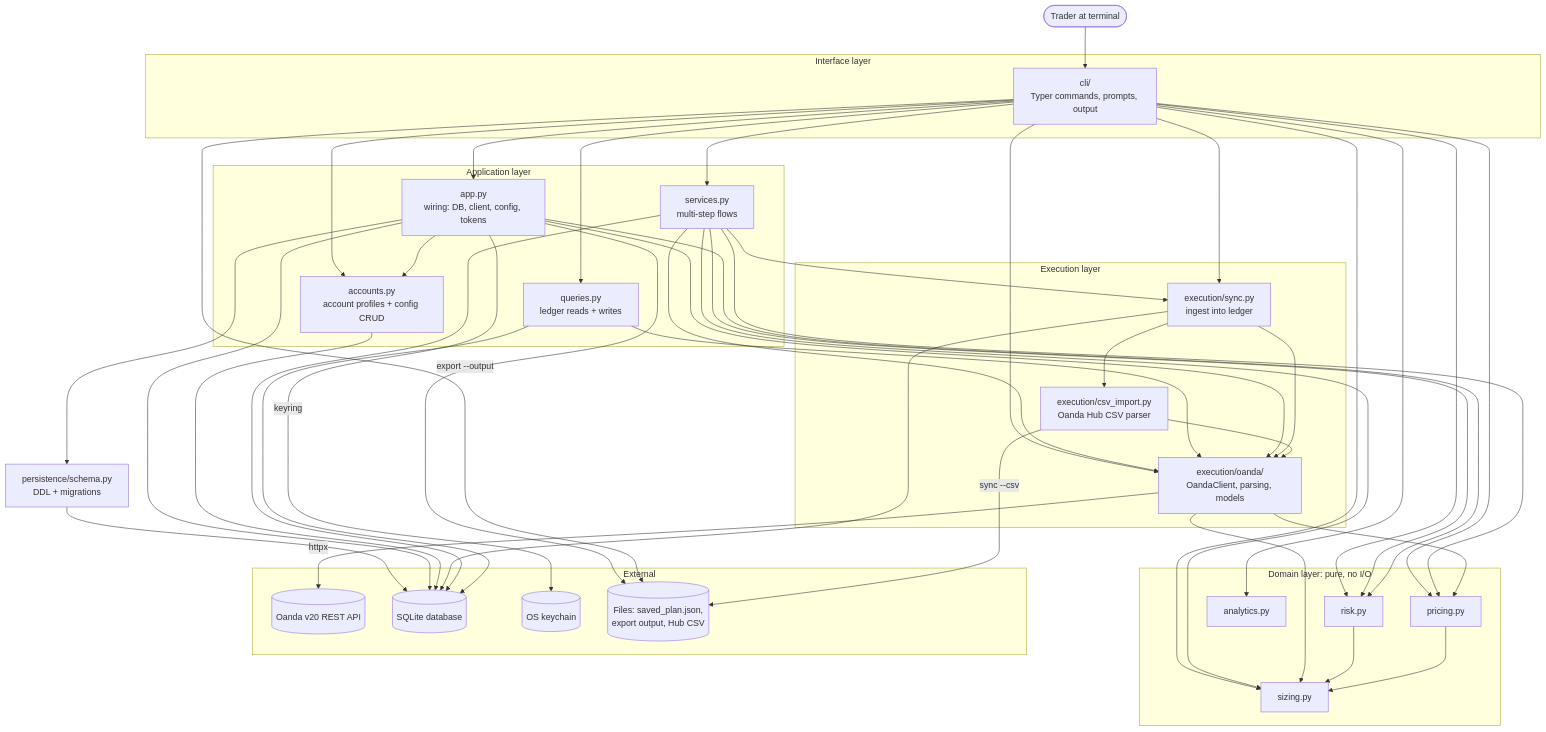
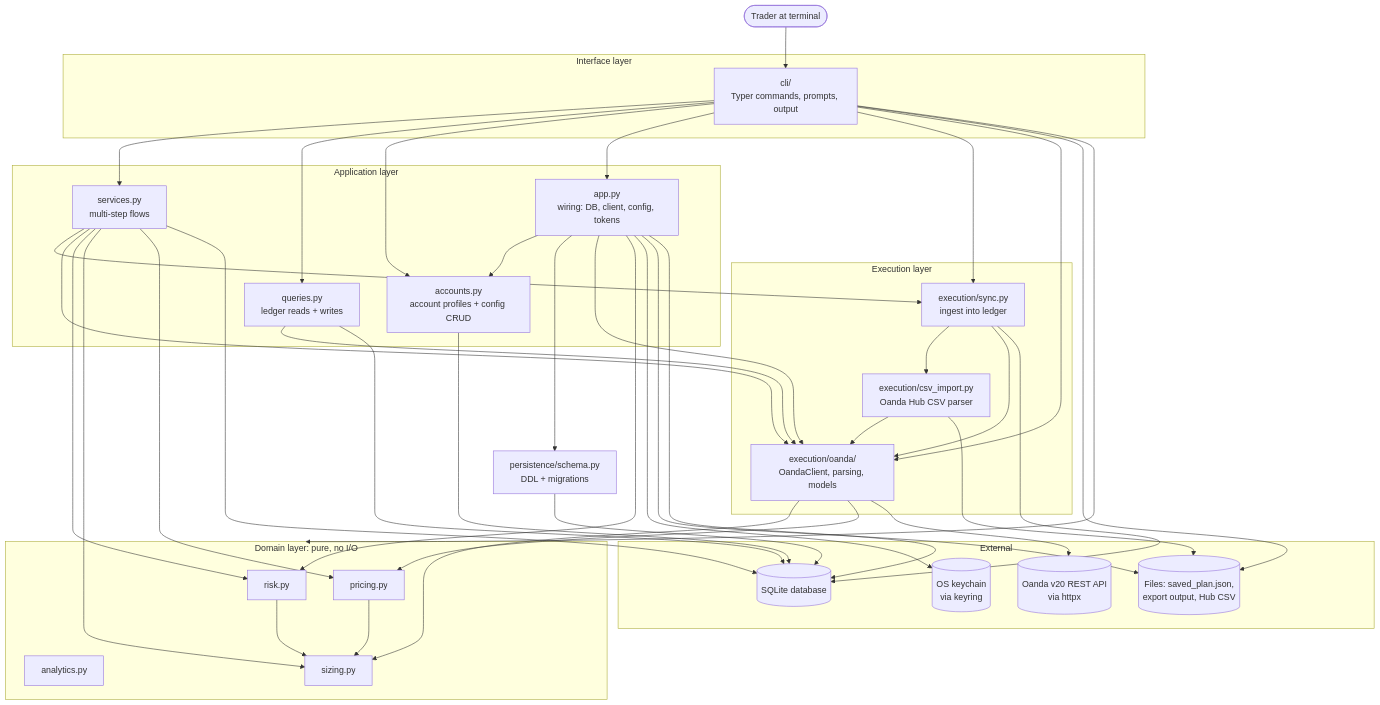
Before and after one commit to RagBillySandstone/frmj: the first of 6 diagrams in docs/architecture.md, drawn with Mermaid.

Commit message:
docs: untangle the component diagram's edge labels
Mermaid placed the httpx / keyring / "export --output" / "sync --csv"
edge labels far from their edges, so they read as belonging to other
lines. Move httpx and keyring into the external nodes' names, drop the
file-access labels (now explained in one line under the diagram), draw
cli's four domain imports as one arrow to the domain layer, and merge
fan-in edges. Same dependencies as before; verified by rendering.

````diff
--- a/docs/architecture.md
+++ b/docs/architecture.md
@@ -36,76 +36,58 @@
 ```mermaid
 flowchart TB
     user([Trader at terminal])
 
     subgraph CLI["Interface layer"]
         cli["cli/<br/>Typer commands, prompts, output"]
     end
 
     subgraph APP["Application layer"]
         services["services.py<br/>multi-step flows"]
         queries["queries.py<br/>ledger reads + writes"]
+        accounts["accounts.py<br/>account profiles + config CRUD"]
         app["app.py<br/>wiring: DB, client, config, tokens"]
-        accounts["accounts.py<br/>account profiles + config CRUD"]
     end
 
     subgraph EXEC["Execution layer"]
-        oanda["execution/oanda/<br/>OandaClient, parsing, models"]
         sync["execution/sync.py<br/>ingest into ledger"]
         csvimp["execution/csv_import.py<br/>Oanda Hub CSV parser"]
+        oanda["execution/oanda/<br/>OandaClient, parsing, models"]
     end
 
     subgraph DOMAIN["Domain layer: pure, no I/O"]
         risk["risk.py"]
-        sizing["sizing.py"]
         pricing["pricing.py"]
         analytics["analytics.py"]
+        sizing["sizing.py"]
     end
 
     persistence["persistence/schema.py<br/>DDL + migrations"]
 
     subgraph EXT["External"]
-        api[("Oanda v20 REST API")]
+        api[("Oanda v20 REST API<br/>via httpx")]
         db[("SQLite database")]
-        keychain[("OS keychain")]
+        keychain[("OS keychain<br/>via keyring")]
         files[("Files: saved_plan.json,<br/>export output, Hub CSV")]
     end
 
     user --> cli
-    cli --> services
-    cli --> queries
-    cli --> app
-    cli --> accounts
-    cli --> sync
-    cli --> oanda
-    cli --> risk & sizing & pricing & analytics
+    cli --> services & queries & accounts & app
+    cli --> sync & oanda
+    cli --> DOMAIN
 
-    services --> oanda
-    services --> sync
+    services --> sync & oanda
     services --> risk & sizing & pricing
+    queries --> oanda
+    app --> accounts & persistence & oanda & risk
 
-    queries --> oanda
-
-    app --> accounts
-    app --> persistence
-    app --> oanda
-    app --> risk
-
-    sync --> oanda
-    sync --> csvimp
+    sync --> csvimp & oanda
     csvimp --> oanda
     oanda --> sizing & pricing
     risk --> sizing
     pricing --> sizing
 
-    oanda -- httpx --> api
-    app -- keyring --> keychain
-    app --> files
-    cli -- "export --output" --> files
-    csvimp -- "sync --csv" --> files
-    persistence --> db
-    app --> db
-    accounts --> db
-    sync --> db
-    services --> db
-    queries --> db
+    oanda --> api
+    app --> keychain
+    app & cli & csvimp --> files
+    persistence & app & accounts & sync & services & queries --> db
 ```
````
